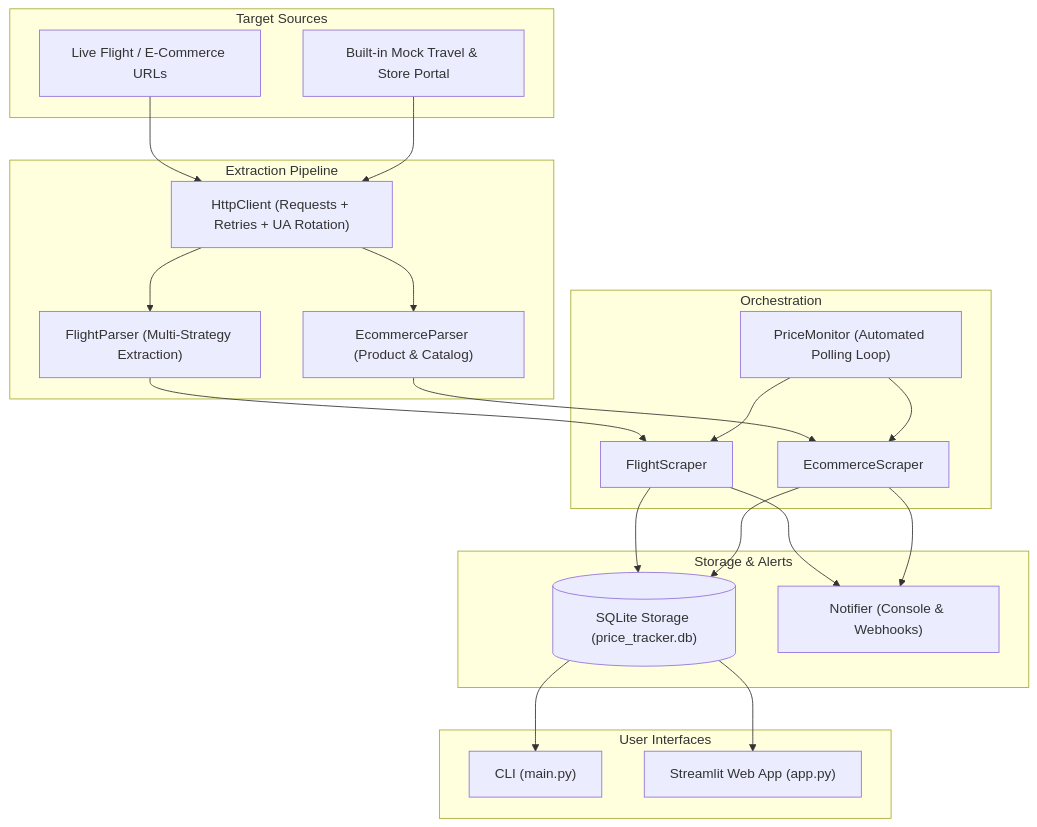
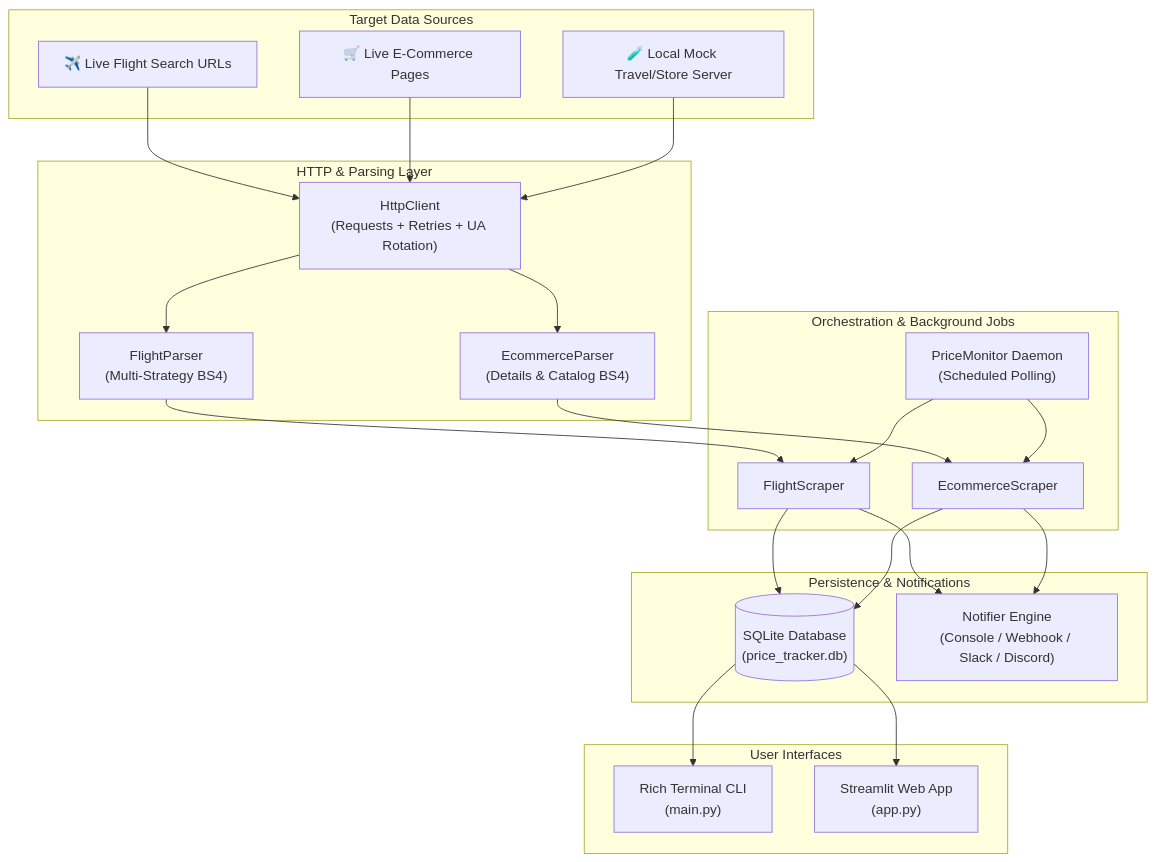
One commit to dp44970568/E-commerce-web-price-tracker changed the first of 2 diagrams in README.md. Above: the diagram before and after it, drawn with Mermaid. The commit also changed other lines of this file and 1 other file, not shown here.

````diff
--- a/README.md
+++ b/README.md
@@ -24,44 +73,50 @@
 ```mermaid
 flowchart TD
-    subgraph Input ["Target Sources"]
-        LiveWeb["Live Flight / E-Commerce URLs"]
-        MockServer["Built-in Mock Travel & Store Portal"]
+    subgraph Sources ["Target Data Sources"]
+        WebFlight["✈️ Live Flight Search URLs"]
+        WebEcom["🛒 Live E-Commerce Pages"]
+        MockPortal["🧪 Local Mock Travel/Store Server"]
     end
 
-    subgraph Core ["Extraction Pipeline"]
-        HttpClient["HttpClient (Requests + Retries + UA Rotation)"]
-        FlightParser["FlightParser (Multi-Strategy Extraction)"]
-        EcomParser["EcommerceParser (Product & Catalog)"]
+    subgraph Engine ["HTTP & Parsing Layer"]
+        HttpClient["HttpClient<br/>(Requests + Retries + UA Rotation)"]
+        FlightParser["FlightParser<br/>(Multi-Strategy BS4)"]
+        EcomParser["EcommerceParser<br/>(Details & Catalog BS4)"]
     end
 
-    subgraph Scrapers ["Orchestration"]
+    subgraph Core ["Orchestration & Background Jobs"]
         FlightScraper["FlightScraper"]
         EcommerceScraper["EcommerceScraper"]
-        PriceMonitor["PriceMonitor (Automated Polling Loop)"]
+        PriceMonitor["PriceMonitor Daemon<br/>(Scheduled Polling)"]
     end
 
-    subgraph StorageAlerts ["Storage & Alerts"]
-        DatabaseManager[("SQLite Storage (price_tracker.db)")]
-        Notifier["Notifier (Console & Webhooks)"]
+    subgraph DataAlerts ["Persistence & Notifications"]
+        DB[("SQLite Database<br/>(price_tracker.db)")]
+        Notifier["Notifier Engine<br/>(Console / Webhook / Slack / Discord)"]
     end
 
-    subgraph Interfaces ["User Interfaces"]
-        CLI["CLI (main.py)"]
-        StreamlitUI["Streamlit Web App (app.py)"]
+    subgraph Presentation ["User Interfaces"]
+        CLI["Rich Terminal CLI<br/>(main.py)"]
+        StreamlitUI["Streamlit Web App<br/>(app.py)"]
     end
 
-    LiveWeb --> HttpClient
-    MockServer --> HttpClient
+    WebFlight --> HttpClient
+    WebEcom --> HttpClient
+    MockPortal --> HttpClient
+
     HttpClient --> FlightParser
     HttpClient --> EcomParser
+
     FlightParser --> FlightScraper
     EcomParser --> EcommerceScraper
-    FlightScraper --> DatabaseManager
-    EcommerceScraper --> DatabaseManager
+    PriceMonitor --> FlightScraper
+    PriceMonitor --> EcommerceScraper
+
+    FlightScraper --> DB
+    EcommerceScraper --> DB
     FlightScraper --> Notifier
     EcommerceScraper --> Notifier
-    PriceMonitor --> FlightScraper
-    PriceMonitor --> EcommerceScraper
-    DatabaseManager --> CLI
-    DatabaseManager --> StreamlitUI
+
+    DB --> CLI
+    DB --> StreamlitUI
 ```
````
